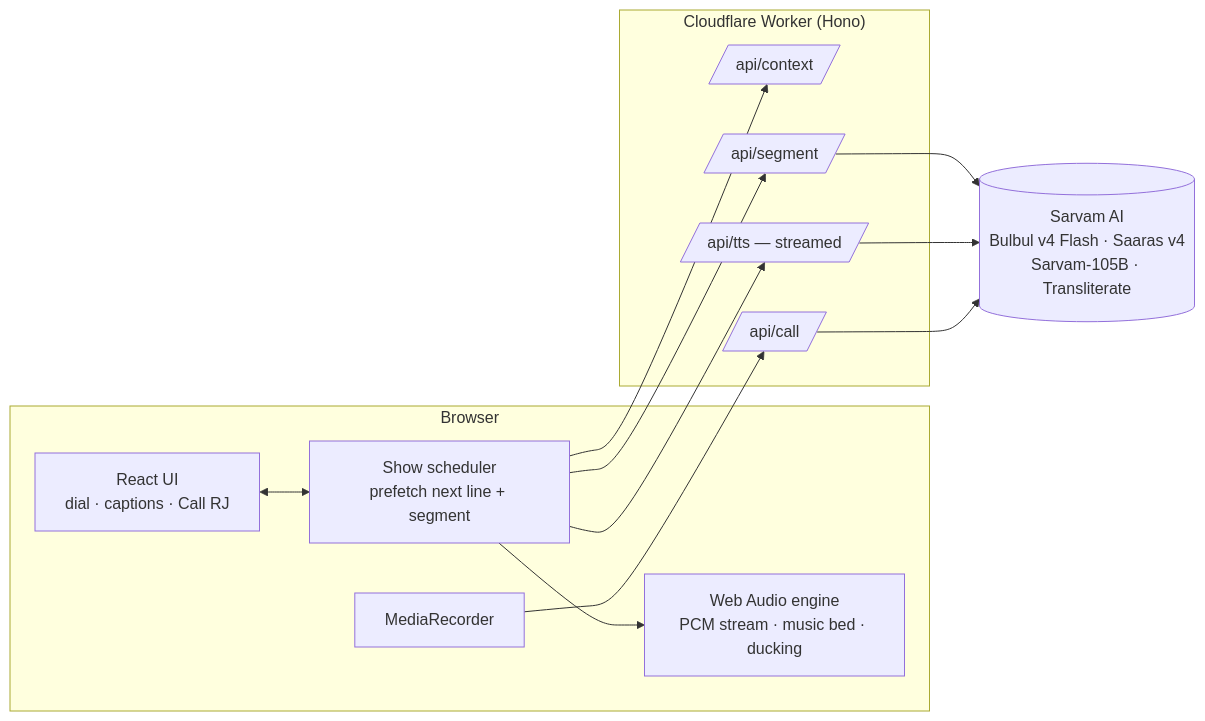
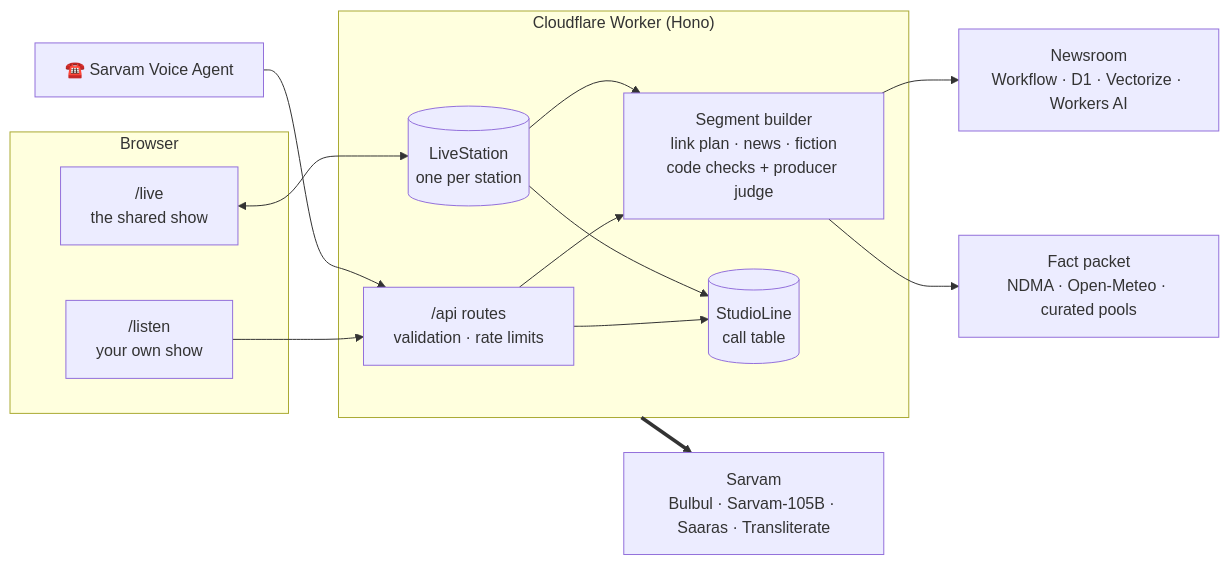
One commit to harshbhx/tarang-fm changed the third of 4 diagrams in README.md. Above: the diagram before and after it, drawn with Mermaid. The commit also changed other lines of this file, not shown here.

````diff
--- a/README.md
+++ b/README.md
@@ -158,20 +237,27 @@
 ```mermaid
 flowchart LR
   subgraph Browser
-    UI[React UI<br/>dial · captions · Call RJ]
-    SCH[Show scheduler<br/>prefetch next line + segment]
-    ENG[Web Audio engine<br/>PCM stream · music bed · ducking]
-    MIC[MediaRecorder]
+    R["/listen<br/>your own show"]
+    L["/live<br/>the shared show"]
   end
   subgraph Worker["Cloudflare Worker (Hono)"]
-    CTX[/api/context/]
-    SEG[/api/segment/]
-    TTS[/api/tts — streamed/]
-    CALL[/api/call/]
+    API["/api routes<br/>validation · rate limits"]
+    LS[("LiveStation<br/>one per station")]
+    SEG["Segment builder<br/>link plan · news · fiction<br/>code checks + producer judge"]
+    SL[("StudioLine<br/>call table")]
   end
-  SAR[(Sarvam AI<br/>Bulbul v4 Flash · Saaras v4<br/>Sarvam-105B · Transliterate)]
-  UI <--> SCH --> ENG
-  SCH --> CTX & SEG & TTS
-  MIC --> CALL
-  SEG & TTS & CALL --> SAR
+  NR["Newsroom<br/>Workflow · D1 · Vectorize · Workers AI"]
+  FP["Fact packet<br/>NDMA · Open-Meteo · curated pools"]
+  SAR["Sarvam<br/>Bulbul · Sarvam-105B · Saaras · Transliterate"]
+  VA["☎️ Sarvam Voice Agent"]
+  R --> API
+  L <--> LS
+  API --> SEG
+  LS --> SEG
+  API --> SL
+  LS --> SL
+  SEG --> NR
+  SEG --> FP
+  Worker ==> SAR
+  VA --> API
 ```
````
